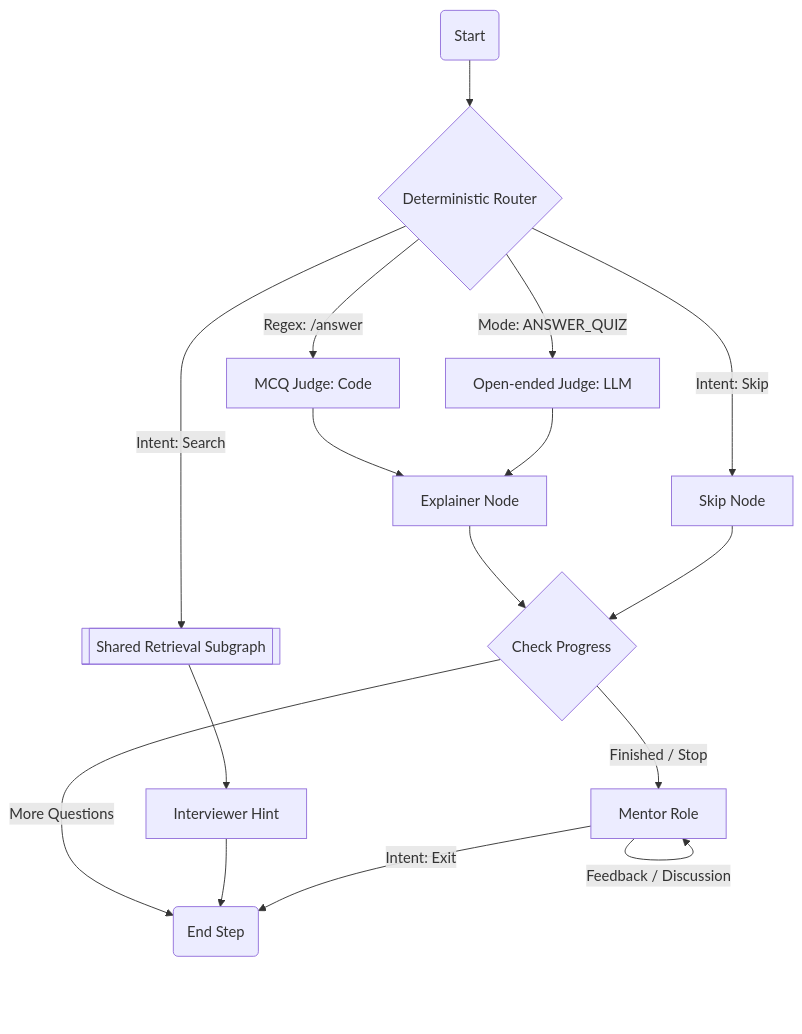
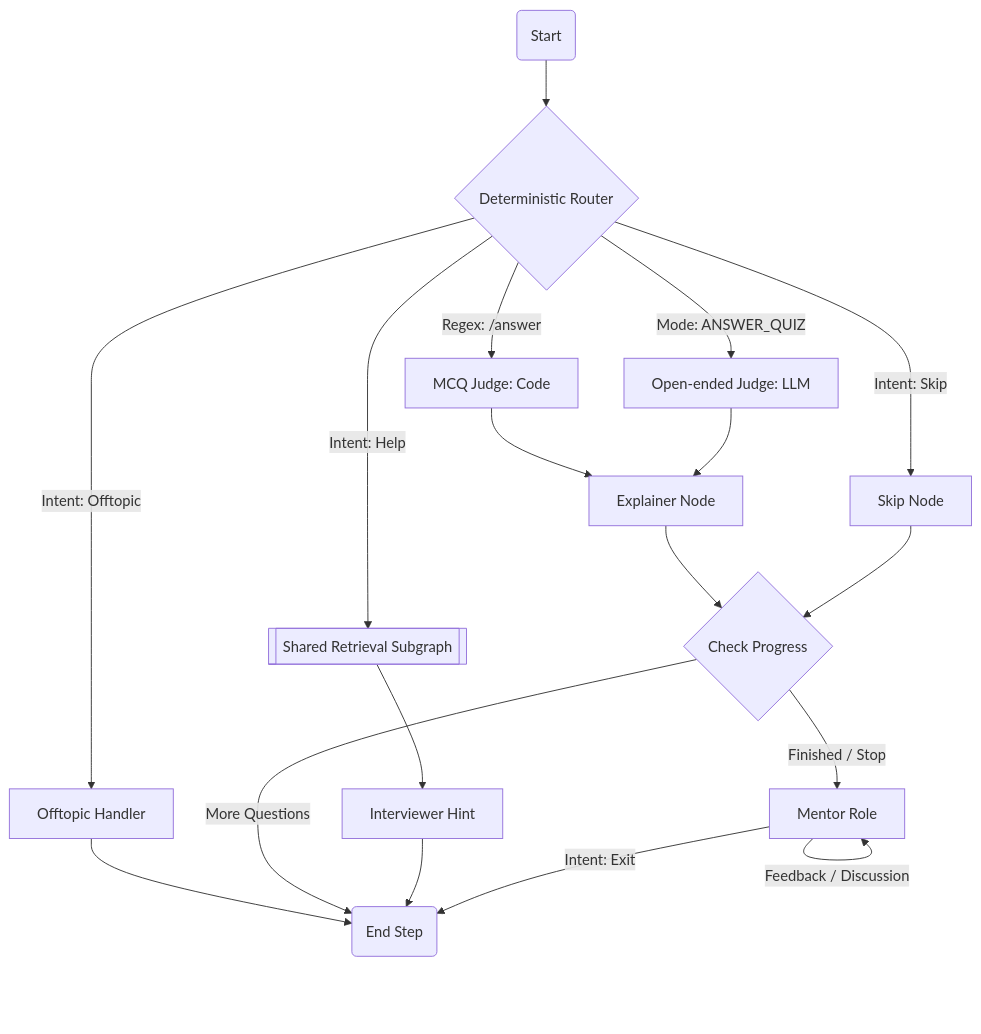
Before and after one commit to Lifelong-Learning-Assisttant/agent_service: the fourth of 5 diagrams in docs/agent_documentation.md, drawn with Mermaid. The commit also changed other lines of this file and 5 other files, not shown here.

````diff
--- a/docs/agent_documentation.md
+++ b/docs/agent_documentation.md
@@ -107,24 +118,26 @@
 ```mermaid
 graph TD
     Q_Start(Start) --> Q_Router{Deterministic Router}
     
     Q_Router --"Regex: /answer"--> Q_MCQ[MCQ Judge: Code]
     Q_Router --"Mode: ANSWER_QUIZ"--> Q_Open[Open-ended Judge: LLM]
     Q_Router --"Intent: Skip"--> Q_Skip[Skip Node]
-    Q_Router --"Intent: Search"--> Q_Search[[Shared Retrieval Subgraph]]
+    Q_Router --"Intent: Help"--> Q_Search[[Shared Retrieval Subgraph]]
+    Q_Router --"Intent: Offtopic"--> Q_Offtopic[Offtopic Handler]
     
     Q_MCQ --> Q_Explain[Explainer Node]
     Q_Open --> Q_Explain
     
     Q_Search --> Q_Hint[Interviewer Hint]
     
     Q_Explain --> Q_Check{Check Progress}
     Q_Skip --> Q_Check
+    Q_Offtopic --> Q_End
     
     Q_Check --"More Questions"--> Q_End(End Step)
     Q_Check --"Finished / Stop"--> Q_Mentor[Mentor Role]
     
     Q_Hint --> Q_End
     Q_Mentor --"Feedback / Discussion"--> Q_Mentor
     Q_Mentor --"Intent: Exit"--> Q_End
 ```
````
